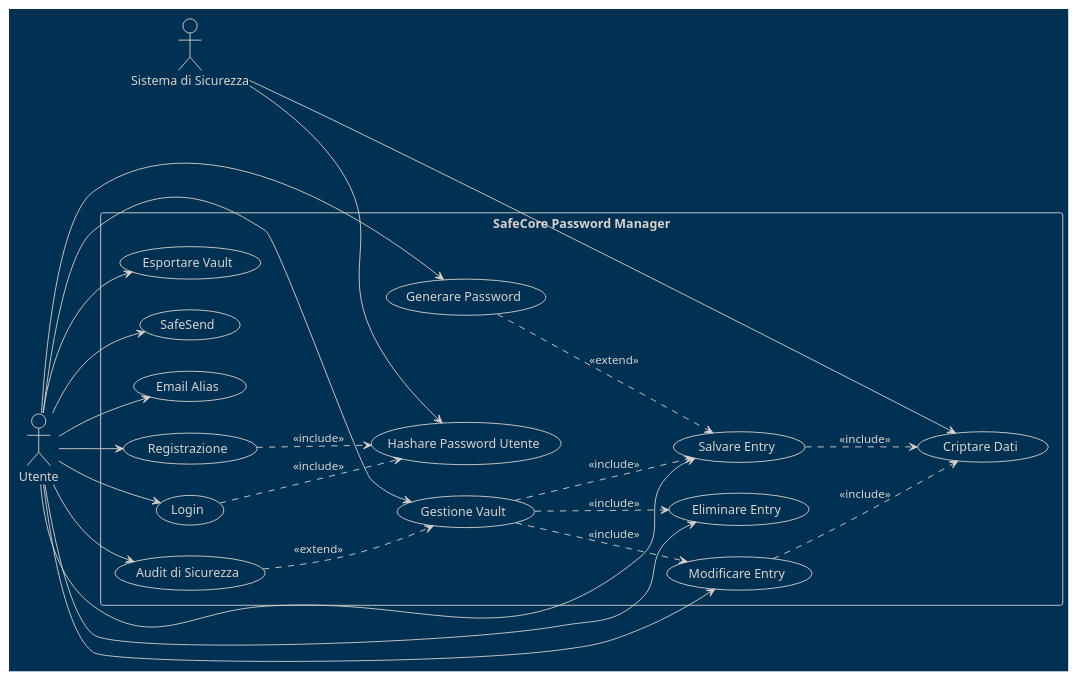
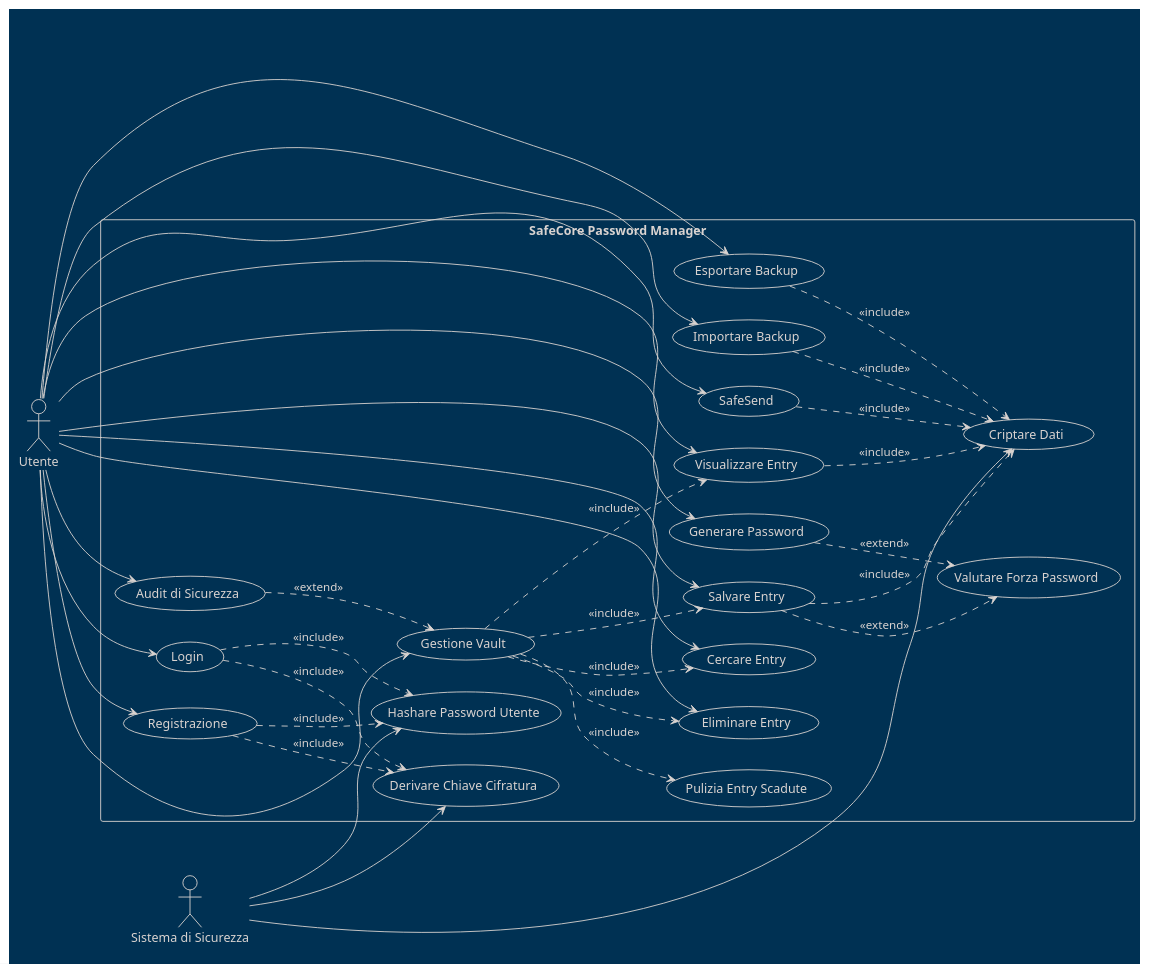
One commit to DaniaCiampalini/SafeCoreProject changed the diagram in docs/uml/use-case.puml. Above: the diagram before and after it, drawn with PlantUML. The commit also changed 29 other files, not shown here.

Commit message:
Reset password with token now deleted for security purposes, refactoring of UI in login.fxml and register.fxml

```diff
--- a/docs/uml/use-case.puml
+++ b/docs/uml/use-case.puml
@@ -1,53 +1,68 @@
 @startuml SafeCore_UseCases
 !theme blueprint
 
 left to right direction
 skinparam packageStyle rectangle
 
 actor "Utente" as User
 actor "Sistema di Sicurezza" as SecuritySystem
 
 rectangle "SafeCore Password Manager" {
     usecase "Registrazione" as UC1
     usecase "Login" as UC2
     usecase "Gestione Vault" as UC3
     usecase "Salvare Entry" as UC4
-    usecase "Modificare Entry" as UC5
+    usecase "Visualizzare Entry" as UC5
     usecase "Eliminare Entry" as UC6
     usecase "Generare Password" as UC7
     usecase "Audit di Sicurezza" as UC8
-    usecase "Esportare Vault" as UC9
-    usecase "SafeSend" as UC10
-    usecase "Email Alias" as UC11
-    usecase "Criptare Dati" as UC12
-    usecase "Hashare Password Utente" as UC13
+    usecase "Esportare Backup" as UC9
+    usecase "Importare Backup" as UC10
+    usecase "SafeSend" as UC11
+    usecase "Valutare Forza Password" as UC13
+    usecase "Cercare Entry" as UC14
+    usecase "Criptare Dati" as UC15
+    usecase "Hashare Password Utente" as UC16
+    usecase "Derivare Chiave Cifratura" as UC17
+    usecase "Pulizia Entry Scadute" as UC18
 }
 
 User --> UC1
 User --> UC2
 User --> UC3
 User --> UC4
 User --> UC5
 User --> UC6
 User --> UC7
 User --> UC8
 User --> UC9
 User --> UC10
 User --> UC11
+User --> UC14
 
 UC3 ..> UC4 : <<include>>
 UC3 ..> UC5 : <<include>>
 UC3 ..> UC6 : <<include>>
+UC3 ..> UC14 : <<include>>
 
-UC4 ..> UC12 : <<include>>
-UC5 ..> UC12 : <<include>>
-UC1 ..> UC13 : <<include>>
-UC2 ..> UC13 : <<include>>
+UC4 ..> UC15 : <<include>>
+UC4 ..> UC13 : <<extend>>
+UC5 ..> UC15 : <<include>>
+UC1 ..> UC16 : <<include>>
+UC1 ..> UC17 : <<include>>
+UC2 ..> UC16 : <<include>>
+UC2 ..> UC17 : <<include>>
 
-SecuritySystem --> UC12
-SecuritySystem --> UC13
+UC7 ..> UC13 : <<extend>>
+UC8 ..> UC3 : <<extend>>
+UC9 ..> UC15 : <<include>>
+UC10 ..> UC15 : <<include>>
+UC11 ..> UC15 : <<include>>
 
-UC8 ..> UC3 : <<extend>>
-UC7 ..> UC4 : <<extend>>
+UC3 ..> UC18 : <<include>>
+
+SecuritySystem --> UC15
+SecuritySystem --> UC16
+SecuritySystem --> UC17
 
 @enduml
```
